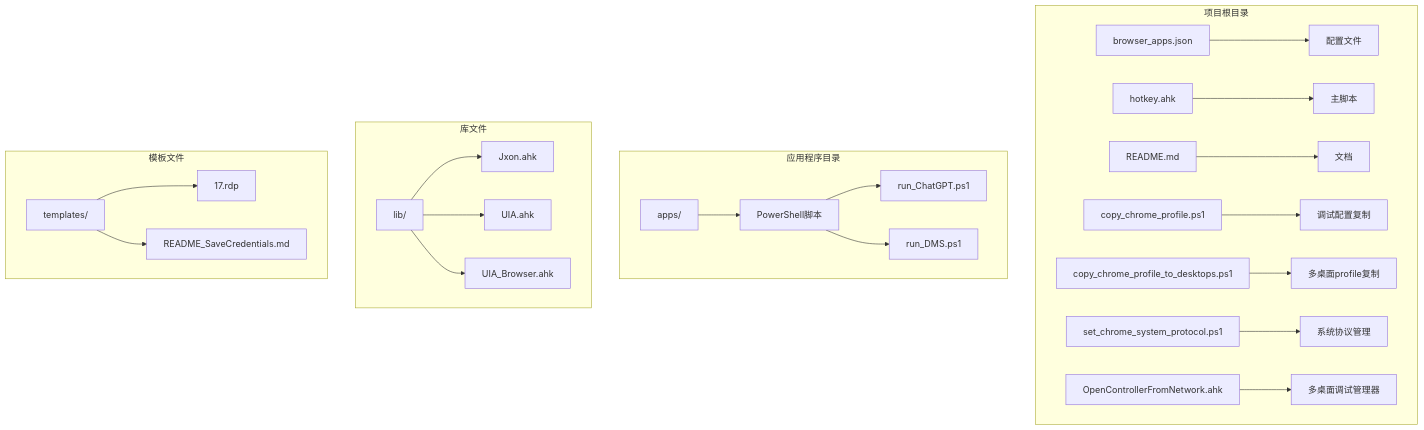
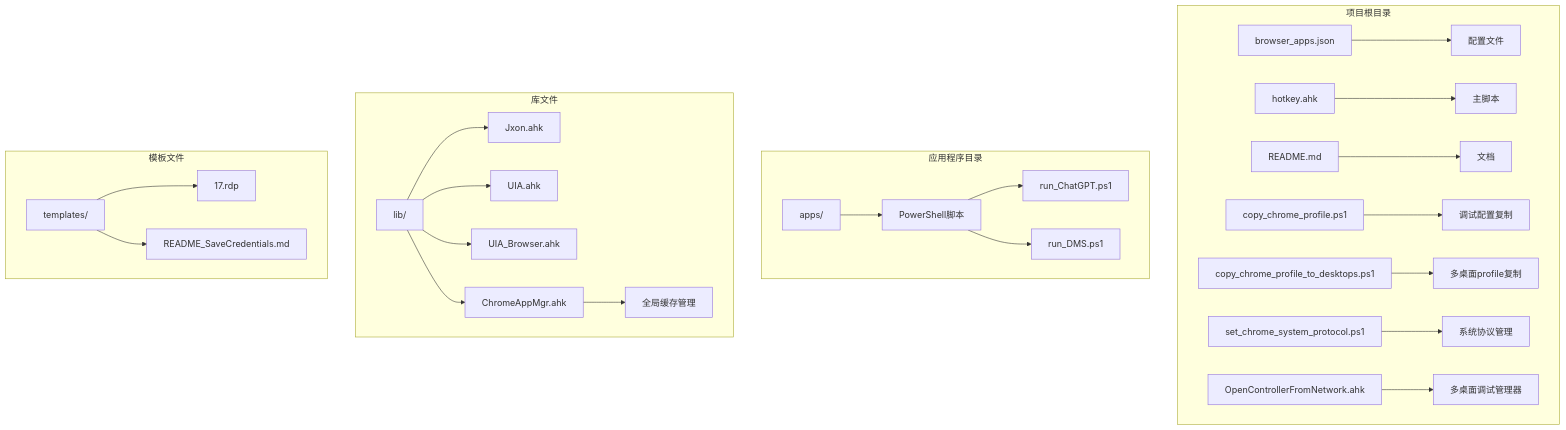
Before and after one commit to wangys-123doit/hotkey: the first of 17 diagrams in .qoder/repowiki/zh/content/核心功能/浏览器应用管理.md, drawn with Mermaid. The commit also changed other lines of this file and 9 other files, not shown here.

````diff
--- a/.qoder/repowiki/zh/content/核心功能/浏览器应用管理.md
+++ b/.qoder/repowiki/zh/content/核心功能/浏览器应用管理.md
@@ -69,26 +73,28 @@
 ```mermaid
 graph TB
 subgraph "项目根目录"
 A[browser_apps.json] --> B[配置文件]
 C[hotkey.ahk] --> D[主脚本]
 E[README.md] --> F[文档]
 G[copy_chrome_profile.ps1] --> H[调试配置复制]
 I[copy_chrome_profile_to_desktops.ps1] --> J[多桌面profile复制]
 K[set_chrome_system_protocol.ps1] --> L[系统协议管理]
 M[OpenControllerFromNetwork.ahk] --> N[多桌面调试管理器]
 end
 subgraph "应用程序目录"
 O[apps/] --> P[PowerShell脚本]
 P --> Q[run_ChatGPT.ps1]
 P --> R[run_DMS.ps1]
 end
 subgraph "库文件"
 S[lib/] --> T[Jxon.ahk]
 S --> U[UIA.ahk]
 S --> V[UIA_Browser.ahk]
+S --> W[ChromeAppMgr.ahk]
+W --> X[全局缓存管理]
 end
 subgraph "模板文件"
-W[templates/] --> X[17.rdp]
-W --> Y[README_SaveCredentials.md]
+Y[templates/] --> Z[17.rdp]
+Y --> AA[README_SaveCredentials.md]
 end
 ```
````
